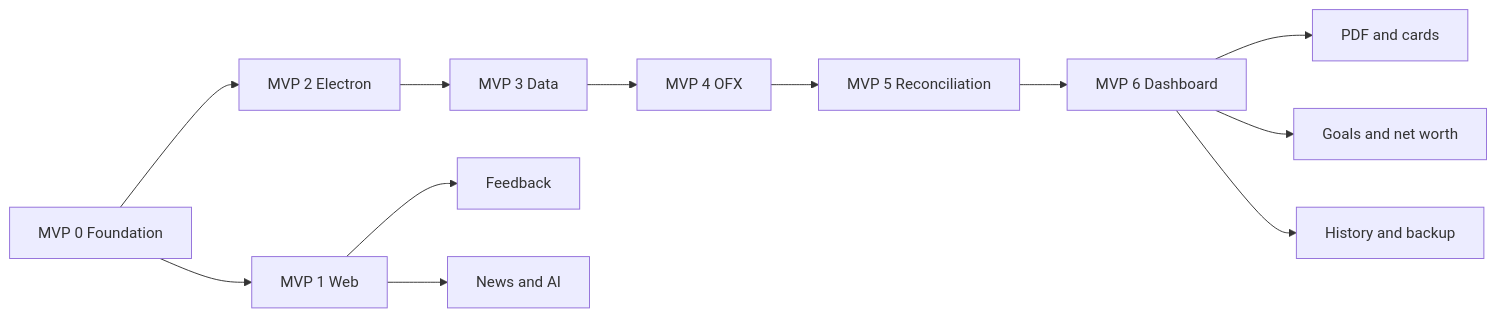
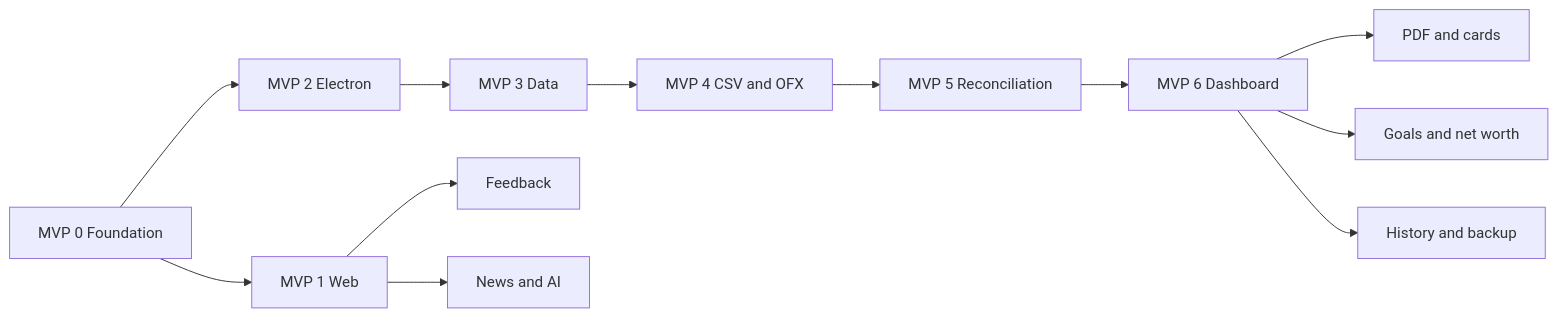
Before and after one commit to luizfelipe-pacifico/talentum: the diagram in docs/ROADMAP.md, drawn with Mermaid. The commit also changed other lines of this file and 13 other files, not shown here.

````diff
--- a/docs/ROADMAP.md
+++ b/docs/ROADMAP.md
@@ -275,14 +272,14 @@
 ```mermaid
 flowchart LR
     F[MVP 0 Foundation] --> W[MVP 1 Web]
     F --> E[MVP 2 Electron]
     E --> D[MVP 3 Data]
-    D --> O[MVP 4 OFX]
+    D --> O[MVP 4 CSV and OFX]
     O --> C[MVP 5 Reconciliation]
     C --> M[MVP 6 Dashboard]
     M --> P[PDF and cards]
     M --> G[Goals and net worth]
     M --> H[History and backup]
     W --> FB[Feedback]
     W --> N[News and AI]
 ```
````
